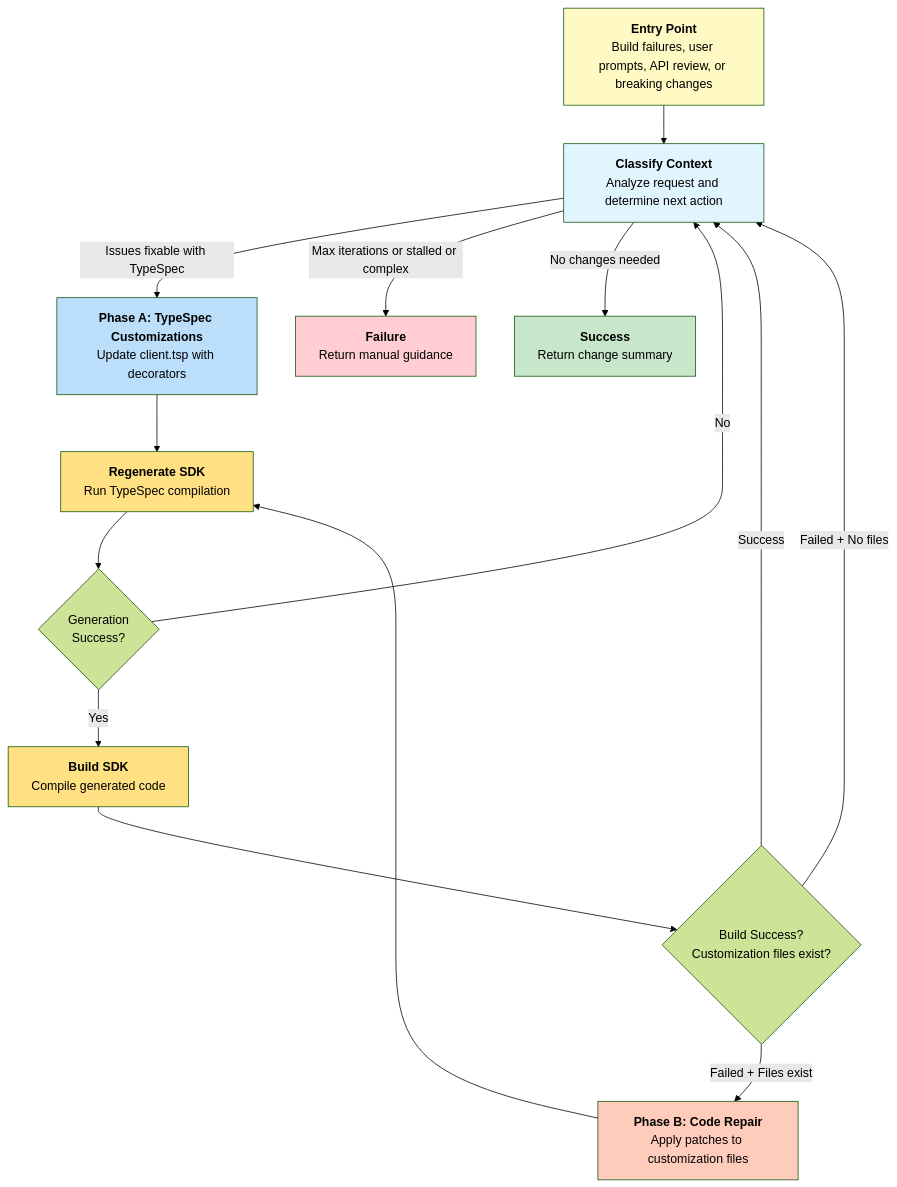
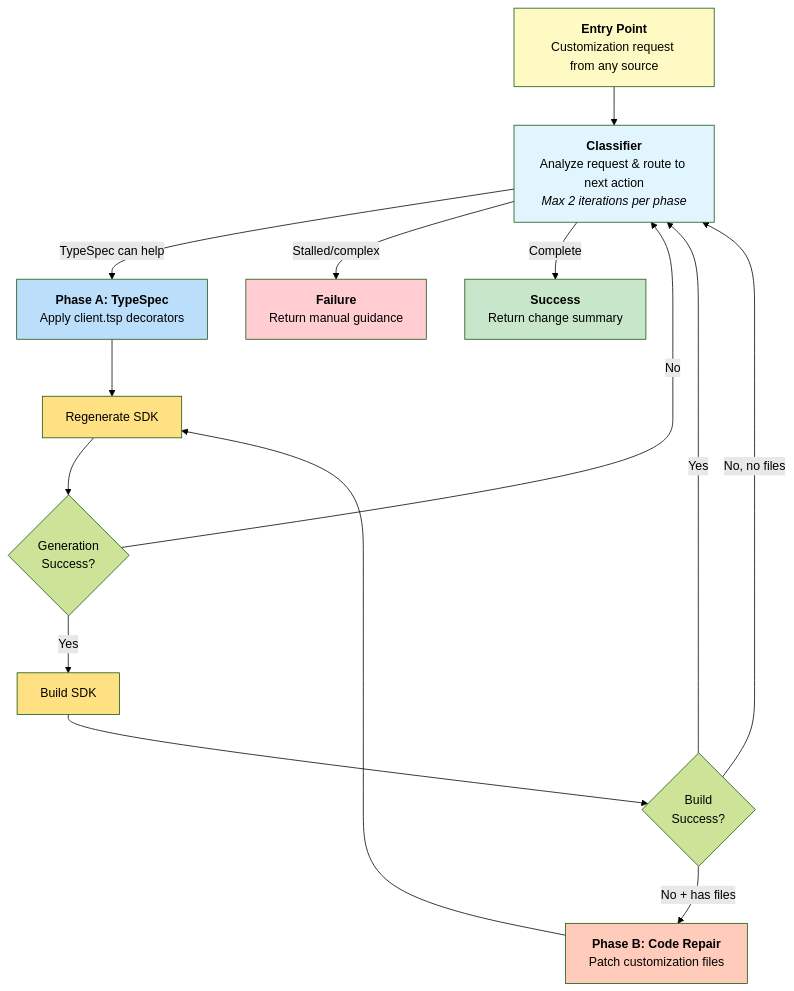
The diagram in tools/azsdk-cli/docs/specs/3-customizing-client-tsp.spec.md (Azure/azure-sdk-tools), drawn with Mermaid (forest theme) before and after one commit. The commit also changed other lines of this file, not shown here.

First line of the commit message:
Revise two-phase customization workflow

````diff
--- a/tools/azsdk-cli/docs/specs/3-customizing-client-tsp.spec.md
+++ b/tools/azsdk-cli/docs/specs/3-customizing-client-tsp.spec.md
@@ -254,35 +177,35 @@
 ```mermaid
 flowchart TD
-    Entry[<b>Entry Point</b><br/>Build failures, user prompts, API review, or breaking changes]
+    Entry[<b>Entry Point</b><br/>Customization request from any source]
     Entry --> Classify
 
-    Classify[<b>Classify Context</b><br/>Analyze request and determine next action]
-    Classify -->|Issues fixable with TypeSpec| PhaseA
-    Classify -->|Max iterations or stalled or complex| Failure
-    Classify -->|No changes needed| Success
+    Classify[<b>Classifier</b><br/>Analyze request & route to next action<br/><i>Max 2 iterations per phase</i>]
+    Classify -->|TypeSpec can help| PhaseA
+    Classify -->|Stalled/complex| Failure
+    Classify -->|Complete| Success
 
-    PhaseA[<b>Phase A: TypeSpec Customizations</b><br/>Update client.tsp with decorators]
-    PhaseA --> Regen[<b>Regenerate SDK</b><br/>Run TypeSpec compilation]
+    PhaseA[<b>Phase A: TypeSpec</b><br/>Apply client.tsp decorators]
+    PhaseA --> Regen[Regenerate SDK]
 
     Regen --> RegenOK{Generation<br/>Success?}
     RegenOK -->|No| Classify
-    RegenOK -->|Yes| Build[<b>Build SDK</b><br/>Compile generated code]
+    RegenOK -->|Yes| Build[Build SDK]
 
-    Build --> BuildCheck{Build Success?<br/>Customization files exist?}
-    BuildCheck -->|Success| Classify
-    BuildCheck -->|Failed + No files| Classify
-    BuildCheck -->|Failed + Files exist| PhaseB[<b>Phase B: Code Repair</b><br/>Apply patches to customization files]
+    Build --> BuildOK{Build<br/>Success?}
+    BuildOK -->|Yes| Classify
+    BuildOK -->|No + has files| PhaseB[<b>Phase B: Code Repair</b><br/>Patch customization files]
+    BuildOK -->|No, no files| Classify
     PhaseB --> Regen
 
     Success[<b>Success</b><br/>Return change summary]
     Failure[<b>Failure</b><br/>Return manual guidance]
 
     style Entry fill:#fff9c4
     style Classify fill:#e1f5fe
     style PhaseA fill:#bbdefb
     style PhaseB fill:#ffccbc
     style Success fill:#c8e6c9
     style Failure fill:#ffcdd2
     style Regen fill:#ffe082
     style Build fill:#ffe082
 ```
````
